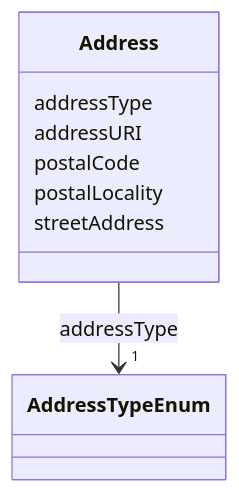
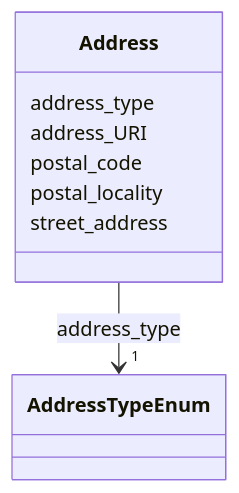
Before and after one commit to swiss/political-affairs-ech-group: the diagram in ech-0294_actors/output/docs/Address.md, drawn with Mermaid. The commit also changed other lines of this file and 36 other files, not shown here.

````diff
--- a/ech-0294_actors/output/docs/Address.md
+++ b/ech-0294_actors/output/docs/Address.md
@@ -13,25 +13,25 @@
 ```mermaid
  classDiagram
     class Address
     click Address href "../Address/"
-      Address : addressType
+      Address : address_type
         
           
     
         
         
-        Address --> "1" AddressTypeEnum : addressType
+        Address --> "1" AddressTypeEnum : address_type
         click AddressTypeEnum href "../AddressTypeEnum/"
     
 
         
-      Address : addressURI
+      Address : address_URI
         
-      Address : postalCode
+      Address : postal_code
         
-      Address : postalLocality
+      Address : postal_locality
         
-      Address : streetAddress
+      Address : street_address
         
       
 ```
````
